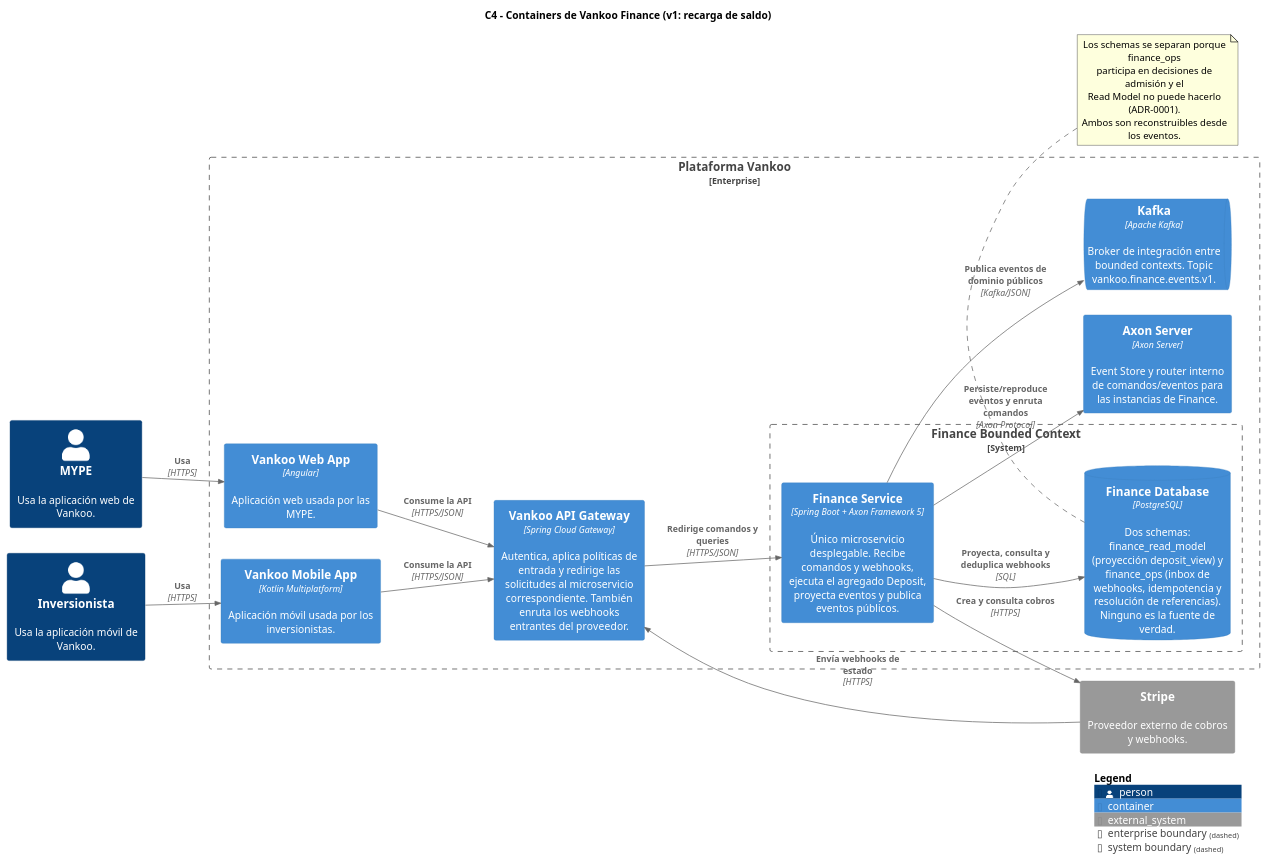
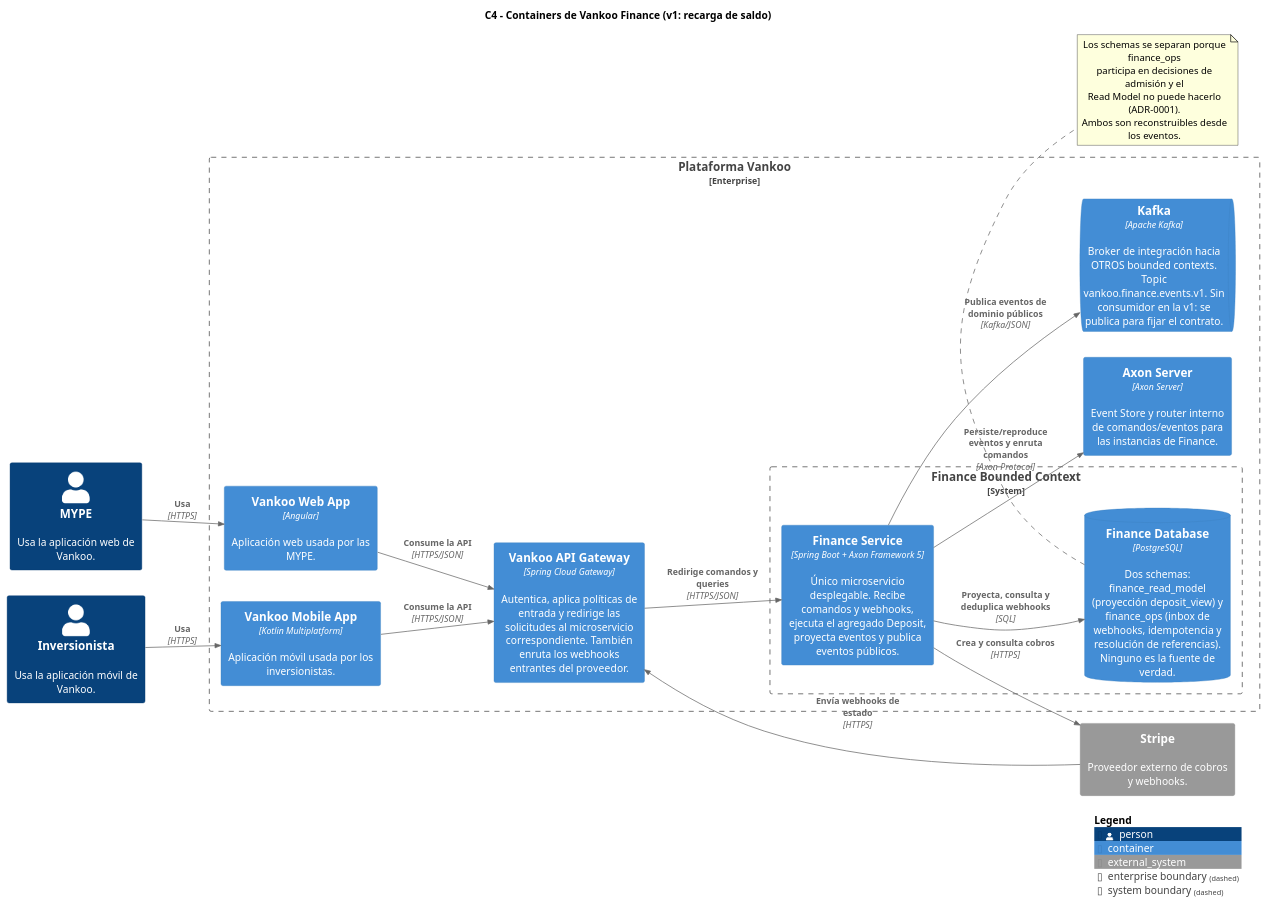
The diagram in docs/architecture/finance-c4-containers.puml (liquilabshq/vankoo-finance-service), drawn with PlantUML before and after one commit. The commit also changed 5 other files, not shown here.

```diff
--- a/docs/architecture/finance-c4-containers.puml
+++ b/docs/architecture/finance-c4-containers.puml
@@ -1,51 +1,51 @@
 @startuml finance-c4-containers
 
 !include https://raw.githubusercontent.com/plantuml-stdlib/C4-PlantUML/master/C4_Container.puml
 
 LAYOUT_LEFT_RIGHT()
 LAYOUT_WITH_LEGEND()
 
 title C4 - Containers de Vankoo Finance (v1: recarga de saldo)
 
 Person(mype, "MYPE", "Usa la aplicación web de Vankoo.")
 Person(investor, "Inversionista", "Usa la aplicación móvil de Vankoo.")
 
 System_Ext(stripe, "Stripe", "Proveedor externo de cobros y webhooks.")
 
 Enterprise_Boundary(vankoo, "Plataforma Vankoo") {
     Container(web_app, "Vankoo Web App", "Angular", "Aplicación web usada por las MYPE.")
     Container(mobile_app, "Vankoo Mobile App", "Kotlin Multiplatform", "Aplicación móvil usada por los inversionistas.")
     Container(api_gateway, "Vankoo API Gateway", "Spring Cloud Gateway", "Autentica, aplica políticas de entrada y redirige las solicitudes al microservicio correspondiente. También enruta los webhooks entrantes del proveedor.")
 
     System_Boundary(finance_system, "Finance Bounded Context") {
         Container(finance_service, "Finance Service", "Spring Boot + Axon Framework 5", "Único microservicio desplegable. Recibe comandos y webhooks, ejecuta el agregado Deposit, proyecta eventos y publica eventos públicos.")
         ContainerDb(finance_db, "Finance Database", "PostgreSQL", "Dos schemas: finance_read_model (proyección deposit_view) y finance_ops (inbox de webhooks, idempotencia y resolución de referencias). Ninguno es la fuente de verdad.")
     }
 
     Container(axon_server, "Axon Server", "Axon Server", "Event Store y router interno de comandos/eventos para las instancias de Finance.")
-    ContainerQueue(kafka, "Kafka", "Apache Kafka", "Broker de integración entre bounded contexts. Topic vankoo.finance.events.v1.")
+    ContainerQueue(kafka, "Kafka", "Apache Kafka", "Broker de integración hacia OTROS bounded contexts. Topic vankoo.finance.events.v1. Sin consumidor en la v1: se publica para fijar el contrato.")
 }
 
 Rel(mype, web_app, "Usa", "HTTPS")
 Rel(investor, mobile_app, "Usa", "HTTPS")
 Rel(web_app, api_gateway, "Consume la API", "HTTPS/JSON")
 Rel(mobile_app, api_gateway, "Consume la API", "HTTPS/JSON")
 Rel(api_gateway, finance_service, "Redirige comandos y queries", "HTTPS/JSON")
 
 Rel(stripe, api_gateway, "Envía webhooks de estado", "HTTPS")
 Rel(finance_service, stripe, "Crea y consulta cobros", "HTTPS")
 
 Rel(finance_service, axon_server, "Persiste/reproduce eventos y enruta comandos", "Axon Protocol")
 Rel(finance_service, finance_db, "Proyecta, consulta y deduplica webhooks", "SQL")
 Rel(finance_service, kafka, "Publica eventos de dominio públicos", "Kafka/JSON")
 
 note bottom of finance_db
   Los schemas se separan porque finance_ops
   participa en decisiones de admisión y el
   Read Model no puede hacerlo (ADR-0001).
   Ambos son reconstruibles desde los eventos.
 end note
 
 SHOW_LEGEND()
 
 @enduml
```
